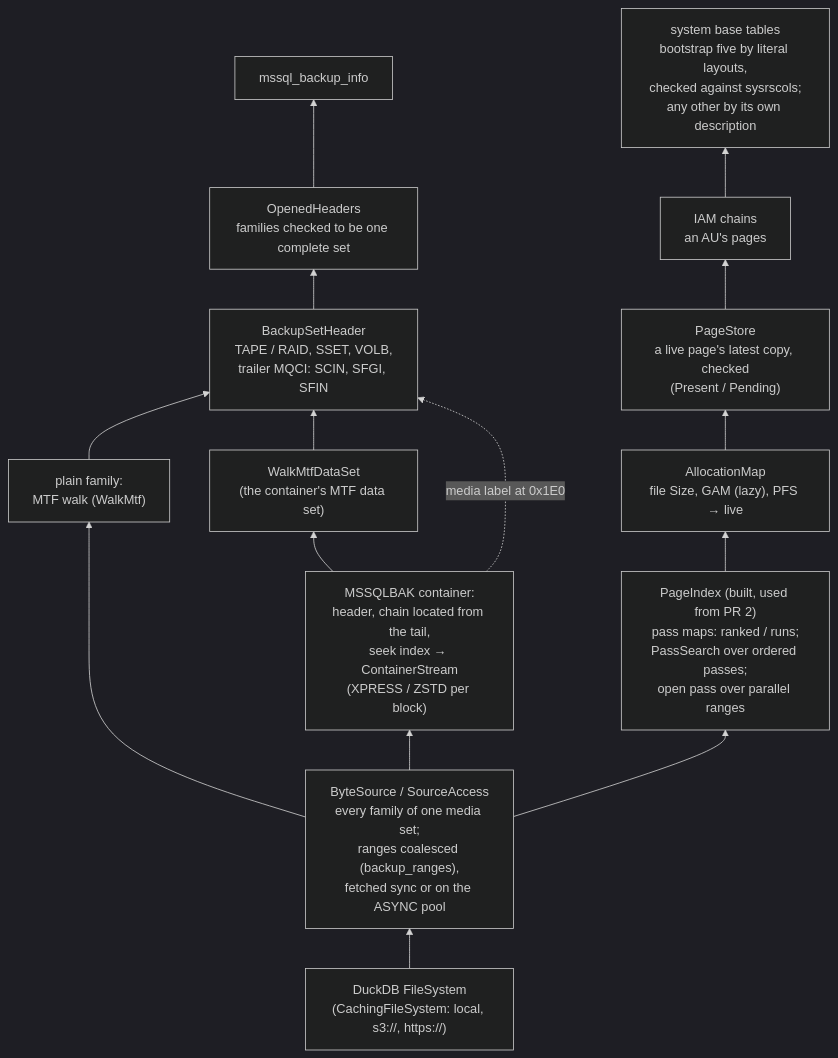
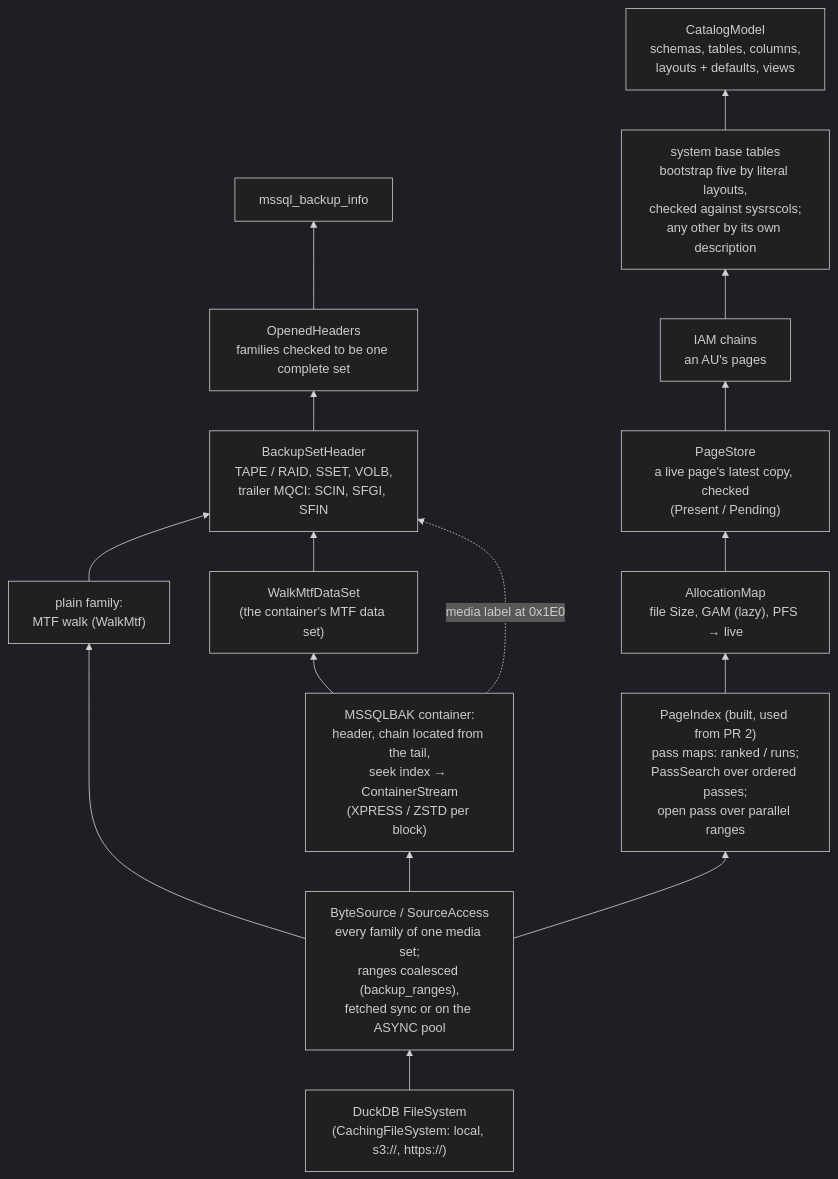
Diagram 19 of 20 in DATAMODEL.md (hugr-lab/mssql-extension), drawn with Mermaid (dark theme) before and after one commit. The commit also changed other lines of this file and 20 other files, not shown here.

````diff
--- a/DATAMODEL.md
+++ b/DATAMODEL.md
@@ -1402,17 +1402,18 @@
 ```mermaid
 flowchart BT
   fs["DuckDB FileSystem<br/>(CachingFileSystem: local, s3://, https://)"] --> src["ByteSource / SourceAccess<br/>every family of one media set;<br/>ranges coalesced (backup_ranges),<br/>fetched sync or on the ASYNC pool"]
   src --> plain["plain family:<br/>MTF walk (WalkMtf)"]
   src --> cont["MSSQLBAK container:<br/>header, chain located from the tail,<br/>seek index → ContainerStream<br/>(XPRESS / ZSTD per block)"]
   cont --> ds["WalkMtfDataSet<br/>(the container's MTF data set)"]
   plain --> set["BackupSetHeader<br/>TAPE / RAID, SSET, VOLB,<br/>trailer MQCI: SCIN, SFGI, SFIN"]
   ds --> set
   cont -. media label at 0x1E0 .-> set
   set --> opened["OpenedHeaders<br/>families checked to be one complete set"]
   opened --> info["mssql_backup_info"]
   src --> idx["PageIndex (built, used from PR 2)<br/>pass maps: ranked / runs;<br/>PassSearch over ordered passes;<br/>open pass over parallel ranges"]
   idx --> alloc["AllocationMap<br/>file Size, GAM (lazy), PFS → live"]
   alloc --> store["PageStore<br/>a live page's latest copy, checked<br/>(Present / Pending)"]
   store --> iam["IAM chains<br/>an AU's pages"]
   iam --> sys["system base tables<br/>bootstrap five by literal layouts,<br/>checked against sysrscols;<br/>any other by its own description"]
+  sys --> model["CatalogModel<br/>schemas, tables, columns,<br/>layouts + defaults, views"]
 ```
````
